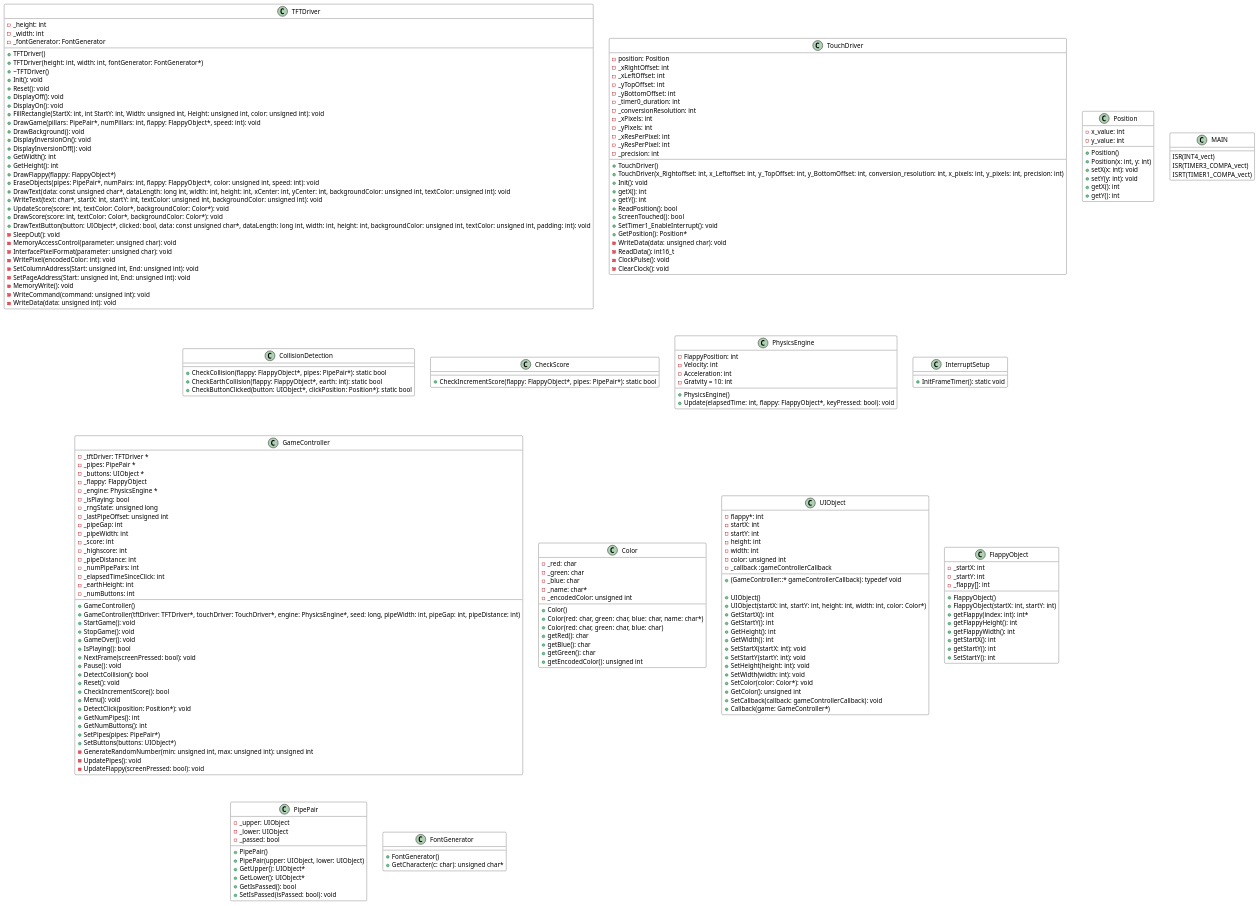
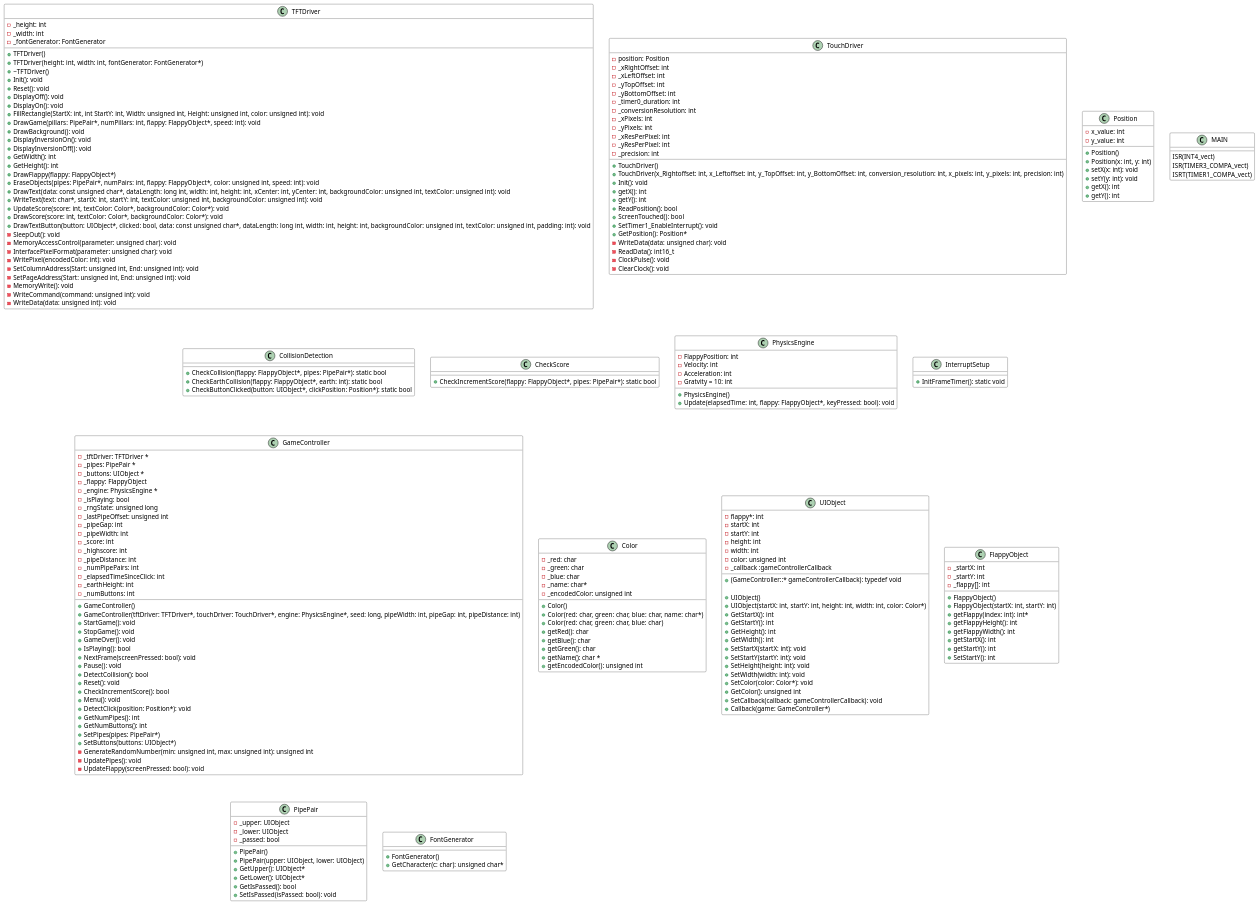
One commit to Valdemartt/AMS changed the diagram in Projekt/diagrams/FlappyBird.wsd. Above: the diagram before and after it, drawn with PlantUML.

```diff
--- a/Projekt/diagrams/FlappyBird.wsd
+++ b/Projekt/diagrams/FlappyBird.wsd
@@ -164,6 +164,7 @@
     +getRed(): char
     +getBlue(): char
     +getGreen(): char
+    +getName(): char *
     +getEncodedColor(): unsigned int
     -_red: char
     -_green: char
```
